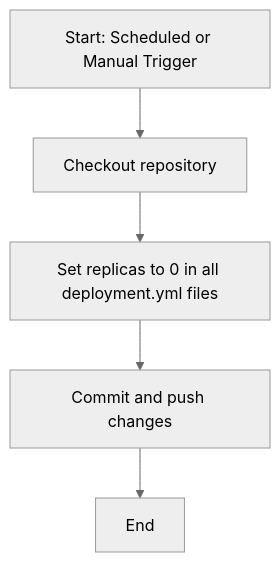
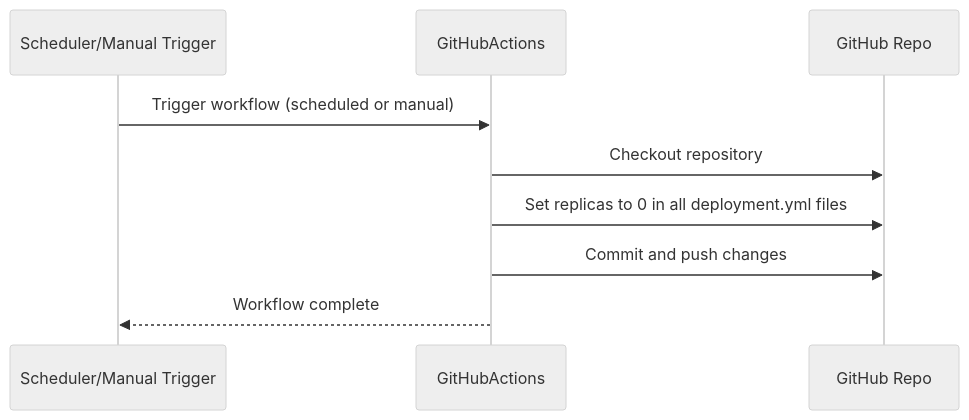
One commit to FelipeBarretoB/ecommerce-kubernetes-manifest changed the first of 3 diagrams in README.md. Above: the diagram before and after it, drawn with Mermaid (neutral theme). The commit also changed other lines of this file, not shown here.

Commit message:
changed to sequence diagramas

````diff
--- a/README.md
+++ b/README.md
@@ -189,7 +189,12 @@
 ```mermaid
-flowchart TD
-    A[Start: Scheduled or Manual Trigger] --> B[Checkout repository]
-    B --> C[Set replicas to 0 in all deployment.yml files]
-    C --> D[Commit and push changes]
-    D --> E[End]
+sequenceDiagram
+    participant Scheduler as Scheduler/Manual Trigger
+    participant GitHubActions
+    participant Repo as GitHub Repo
+
+    Scheduler->>GitHubActions: Trigger workflow (scheduled or manual)
+    GitHubActions->>Repo: Checkout repository
+    GitHubActions->>Repo: Set replicas to 0 in all deployment.yml files
+    GitHubActions->>Repo: Commit and push changes
+    GitHubActions-->>Scheduler: Workflow complete
 ```
````
